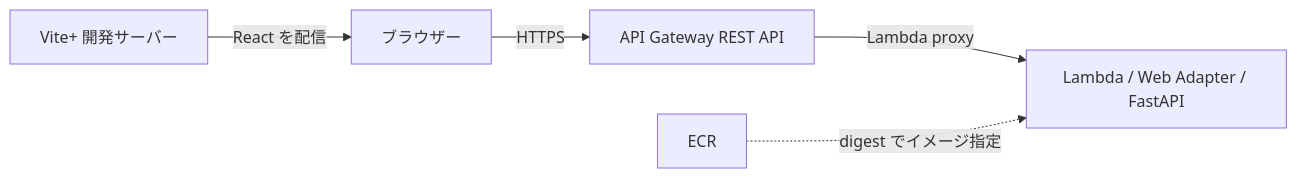
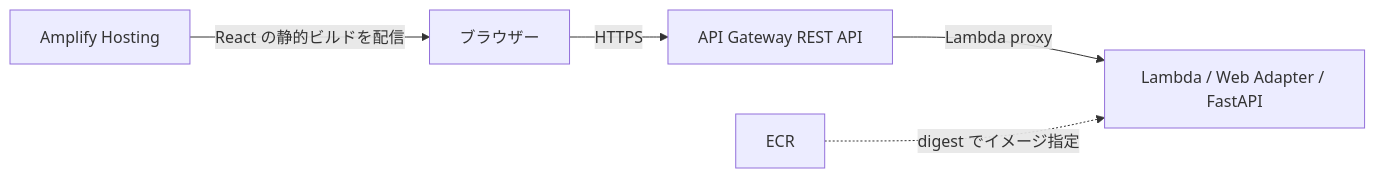
The second of 2 diagrams in README.md (tayutaedomo/react-apigw-sandbox), drawn with Mermaid before and after one commit. The commit also changed other lines of this file and 36 other files, not shown here.

First line of the commit message:
feat(hosting): Amplify の手動配信と CORS の結合検証を追加

````diff
--- a/README.md
+++ b/README.md
@@ -34,7 +42,7 @@
 ```mermaid
 flowchart LR
-    V["Vite+ 開発サーバー"] -->|React を配信| B[ブラウザー]
+    H["Amplify Hosting"] -->|React の静的ビルドを配信| B[ブラウザー]
     B -->|HTTPS| G[API Gateway REST API]
     G -->|Lambda proxy| L["Lambda / Web Adapter / FastAPI"]
     E[ECR] -.->|digest でイメージ指定| L
 ```
````
